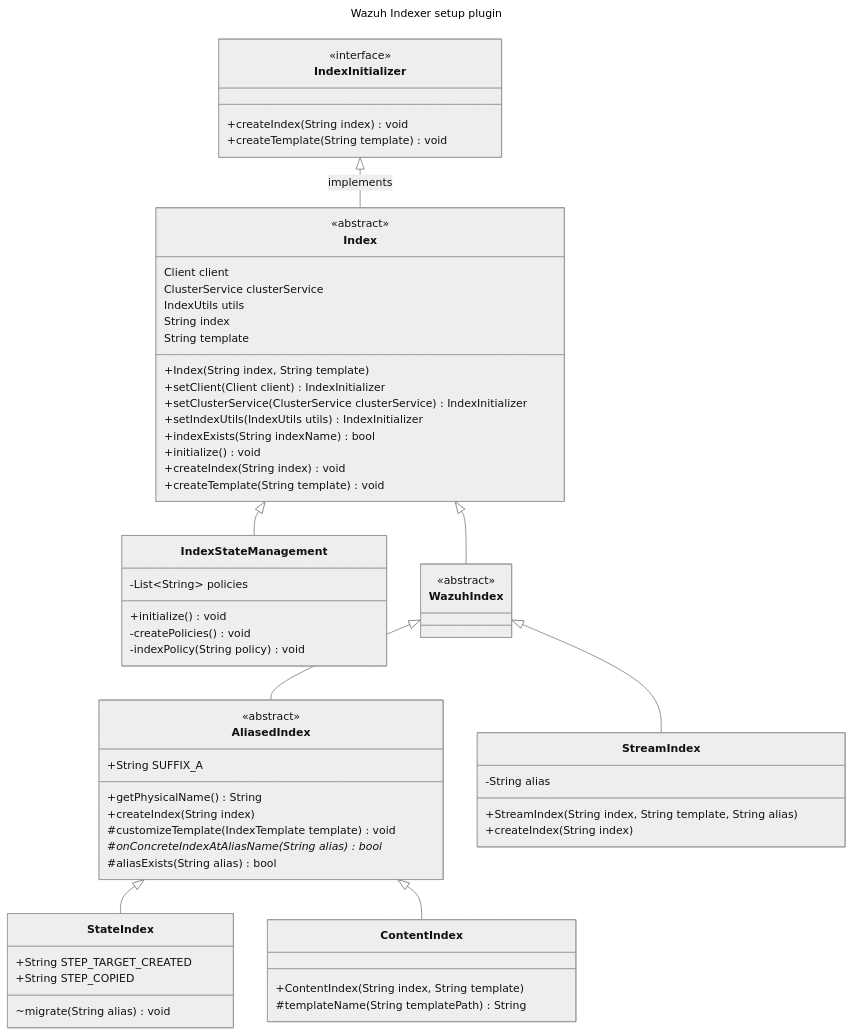
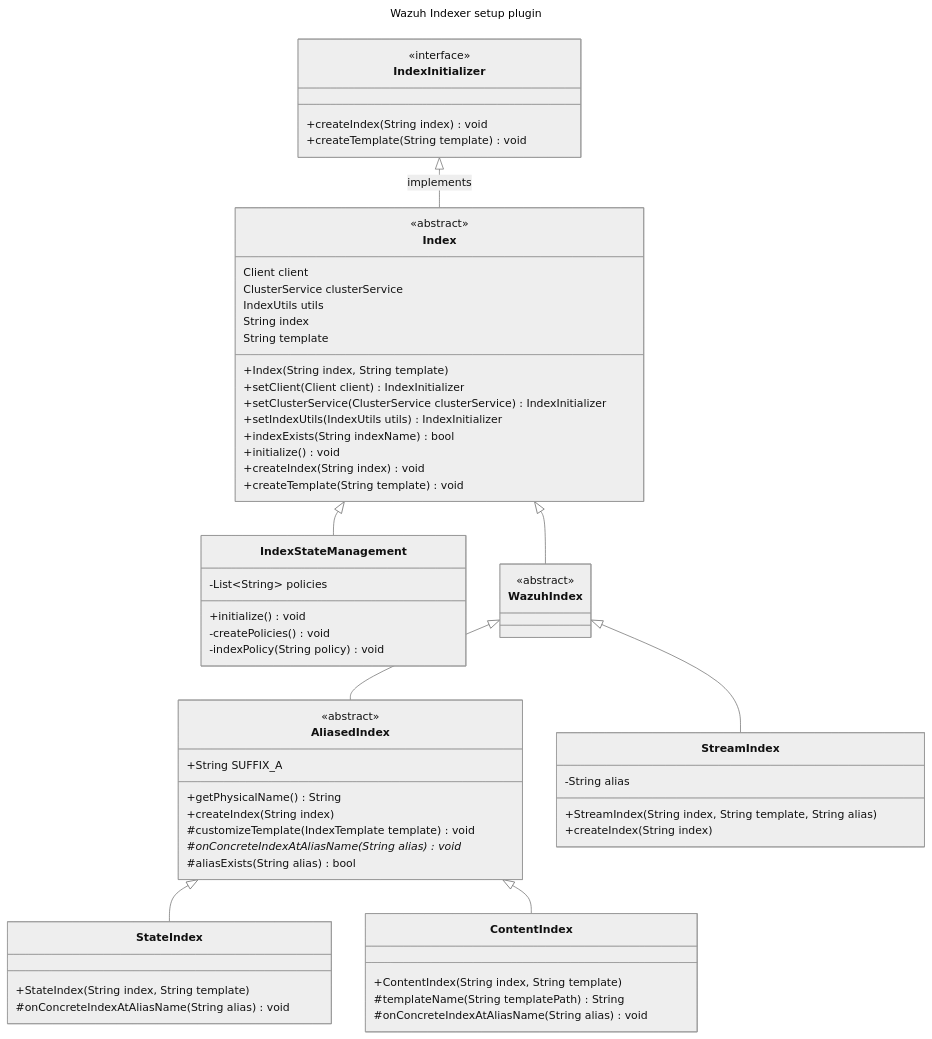
The first of 2 diagrams in docs/dev/plugins/setup.md (wazuh/wazuh-indexer-plugins), drawn with Mermaid (neutral theme) before and after one commit. The commit also changed other lines of this file and 9 other files, not shown here.

First line of the commit message:
Drop the migration of a concrete state index

````diff
--- a/docs/dev/plugins/setup.md
+++ b/docs/dev/plugins/setup.md
@@ -9,79 +9,79 @@
 ```mermaid
 ---
 title: Wazuh Indexer setup plugin
 ---
 classDiagram
     %% Classes
     class IndexInitializer
     <<interface>> IndexInitializer
     class Index
     <<abstract>> Index
     class IndexStateManagement
     class WazuhIndex
     <<abstract>> WazuhIndex
     class AliasedIndex
     <<abstract>> AliasedIndex
     class StateIndex
     class StreamIndex
     class ContentIndex
 
     %% Relations
     IndexInitializer <|-- Index : implements
     Index <|-- IndexStateManagement
     Index <|-- WazuhIndex
     WazuhIndex <|-- AliasedIndex
     WazuhIndex <|-- StreamIndex
     AliasedIndex <|-- StateIndex
     AliasedIndex <|-- ContentIndex
 
     %% Schemas
     class IndexInitializer {
         +createIndex(String index) void
         +createTemplate(String template) void
     }
     class Index {
         Client client
         ClusterService clusterService
         IndexUtils utils
         String index
         String template
         +Index(String index, String template)
         +setClient(Client client) IndexInitializer
         +setClusterService(ClusterService clusterService) IndexInitializer
         +setIndexUtils(IndexUtils utils) IndexInitializer
         +indexExists(String indexName) bool
         +initialize() void
         +createIndex(String index) void
         +createTemplate(String template) void
     }
     class IndexStateManagement {
         -List~String~ policies
         +initialize() void
         -createPolicies() void
         -indexPolicy(String policy) void
     }
     class WazuhIndex {
     }
     class StreamIndex {
         -String alias
         +StreamIndex(String index, String template, String alias)
         +createIndex(String index)
     }
     class AliasedIndex {
         +String SUFFIX_A
         +getPhysicalName() String
         +createIndex(String index)
         #customizeTemplate(IndexTemplate template) void
-        #onConcreteIndexAtAliasName(String alias)* bool
+        #onConcreteIndexAtAliasName(String alias)* void
         #aliasExists(String alias) bool
     }
     class StateIndex {
-        +String STEP_TARGET_CREATED
-        +String STEP_COPIED
-        ~migrate(String alias) void
+        +StateIndex(String index, String template)
+        #onConcreteIndexAtAliasName(String alias) void
     }
     class ContentIndex {
         +ContentIndex(String index, String template)
         #templateName(String templatePath) String
+        #onConcreteIndexAtAliasName(String alias) void
     }
 ```
````
